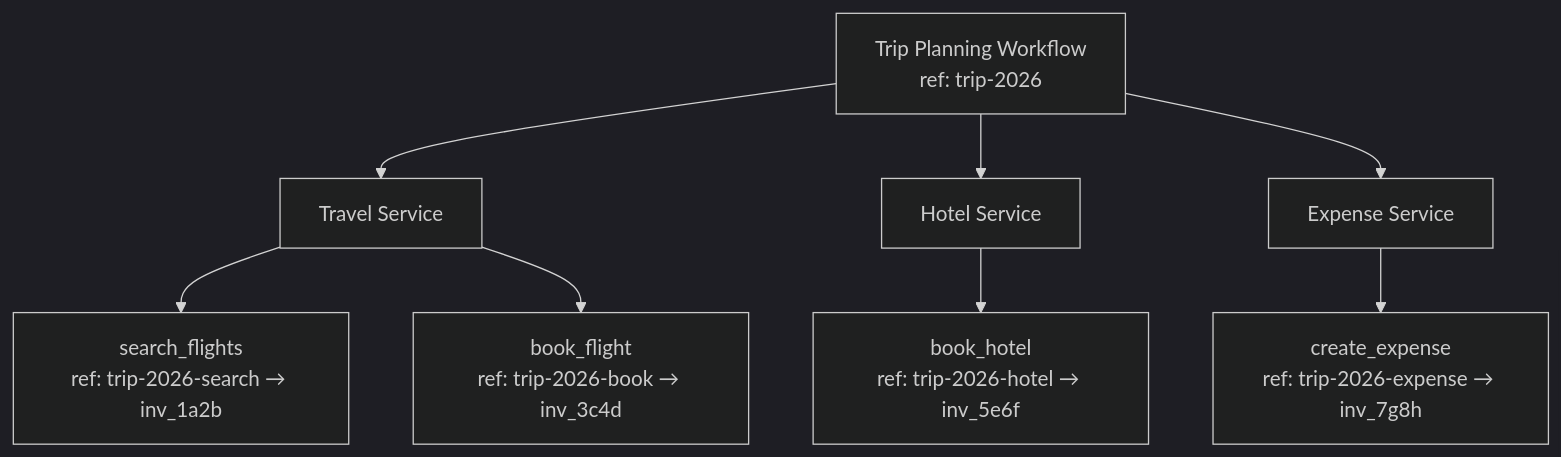
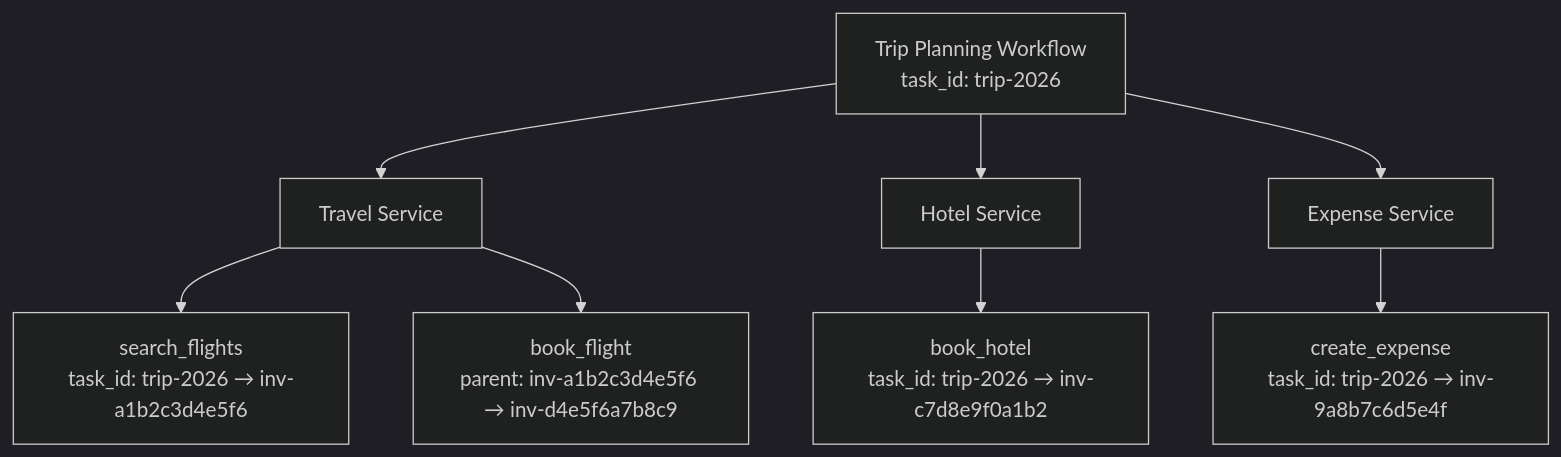
Before and after one commit to anip-protocol/anip: the second of 3 diagrams in website/docs/protocol/lineage.md, drawn with Mermaid (dark theme). The commit also changed other lines of this file and 2067 other files, not shown here.

````diff
--- a/website/docs/protocol/lineage.md
+++ b/website/docs/protocol/lineage.md
@@ -136,11 +138,11 @@
 ```mermaid
 graph TD
-    W["Trip Planning Workflow<br/>ref: trip-2026"] --> T["Travel Service"]
+    W["Trip Planning Workflow<br/>task_id: trip-2026"] --> T["Travel Service"]
     W --> H["Hotel Service"]
     W --> E["Expense Service"]
 
-    T --> T1["search_flights<br/>ref: trip-2026-search → inv_1a2b"]
-    T --> T2["book_flight<br/>ref: trip-2026-book → inv_3c4d"]
-    H --> H1["book_hotel<br/>ref: trip-2026-hotel → inv_5e6f"]
-    E --> E1["create_expense<br/>ref: trip-2026-expense → inv_7g8h"]
+    T --> T1["search_flights<br/>task_id: trip-2026 → inv-a1b2c3d4e5f6"]
+    T --> T2["book_flight<br/>parent: inv-a1b2c3d4e5f6 → inv-d4e5f6a7b8c9"]
+    H --> H1["book_hotel<br/>task_id: trip-2026 → inv-c7d8e9f0a1b2"]
+    E --> E1["create_expense<br/>task_id: trip-2026 → inv-9a8b7c6d5e4f"]
 ```
````
